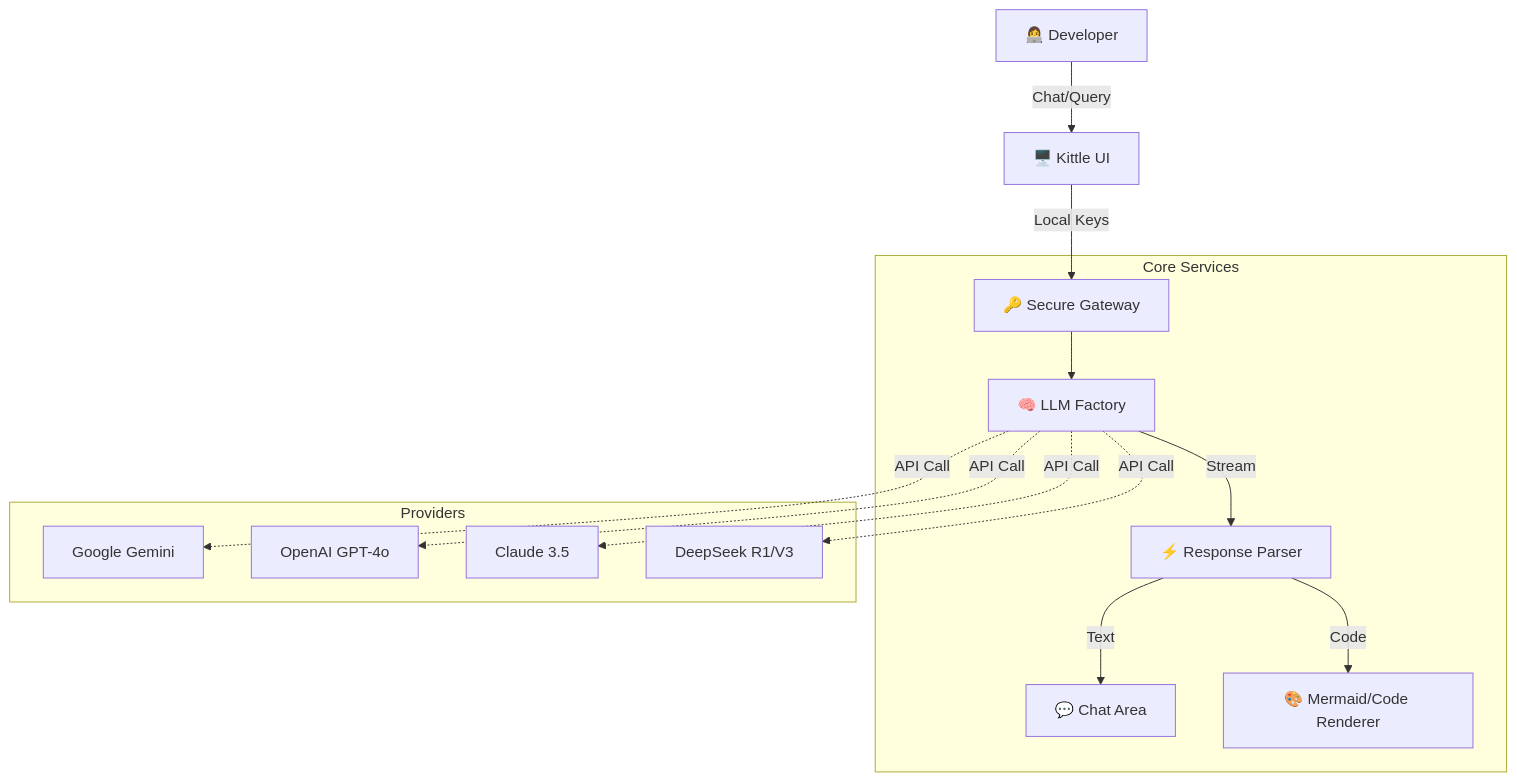
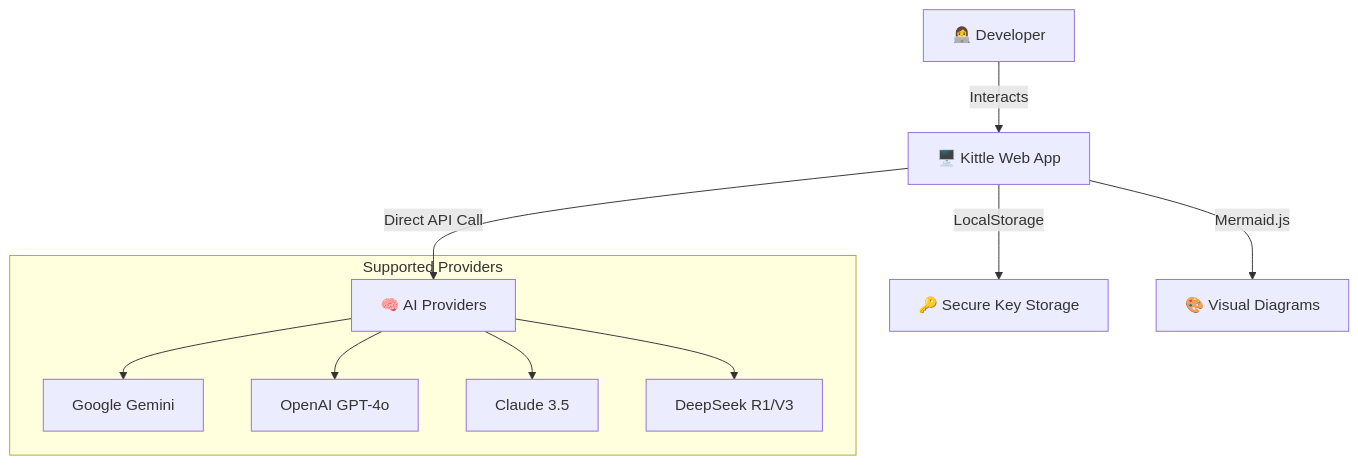
The diagram in README.md (TemRevil/Kittle), drawn with Mermaid before and after one commit. The commit also changed other lines of this file and 13 other files, not shown here.

````diff
--- a/README.md
+++ b/README.md
@@ -34,19 +38,15 @@
 ```mermaid
 graph TD
-    User[👩‍💻 Developer] -->|Chat/Query| UI[🖥️ Kittle UI]
-    UI -->|Local Keys| Gateway[🔑 Secure Gateway]
+    User[👩‍💻 Developer] -->|Interacts| UI[🖥️ Kittle Web App]
+    UI -->|Direct API Call| Providers[🧠 AI Providers]
     
-    subgraph "Core Services"
-        Gateway --> LLM[🧠 LLM Factory]
-        LLM -->|Stream| Parser[⚡ Response Parser]
-        Parser -->|Text| Chat[💬 Chat Area]
-        Parser -->|Code| Renderer[🎨 Mermaid/Code Renderer]
+    subgraph "Supported Providers"
+        Providers --> Google[Google Gemini]
+        Providers --> OpenAI[OpenAI GPT-4o]
+        Providers --> Anthropic[Claude 3.5]
+        Providers --> DeepSeek[DeepSeek R1/V3]
     end
     
-    subgraph "Providers"
-        LLM -.->|API Call| Google[Google Gemini]
-        LLM -.->|API Call| OpenAI[OpenAI GPT-4o]
-        LLM -.->|API Call| Anthropic[Claude 3.5]
-        LLM -.->|API Call| DeepSeek[DeepSeek R1/V3]
-    end
+    UI -->|LocalStorage| Keys[🔑 Secure Key Storage]
+    UI -->|Mermaid.js| Charts[🎨 Visual Diagrams]
 ```
````
